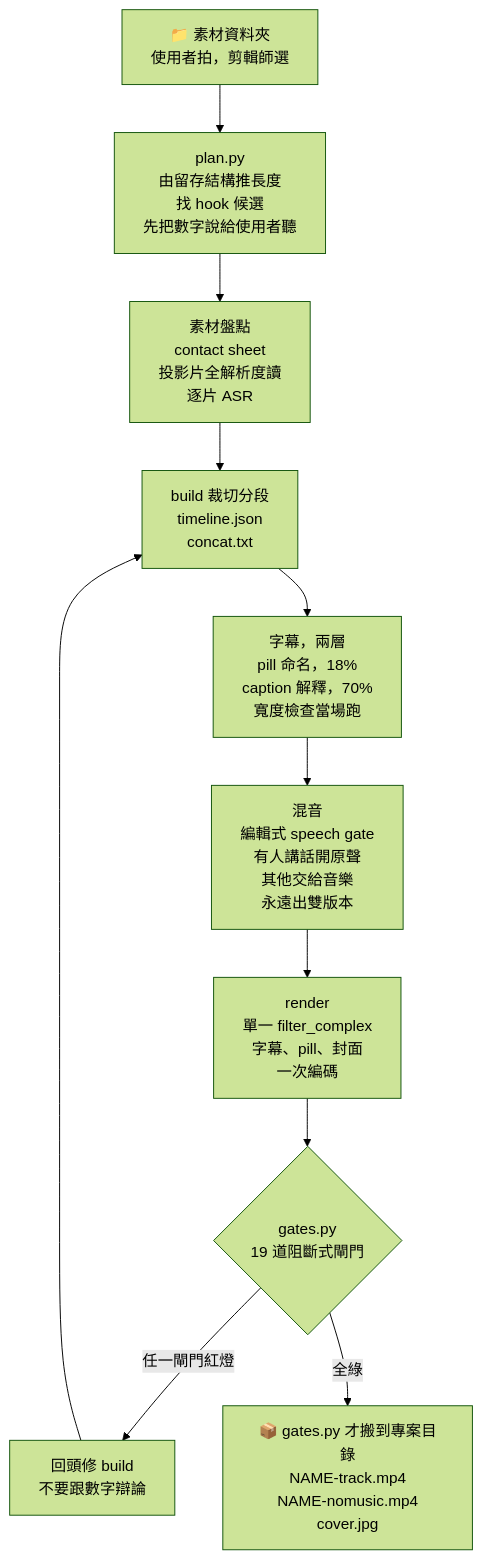
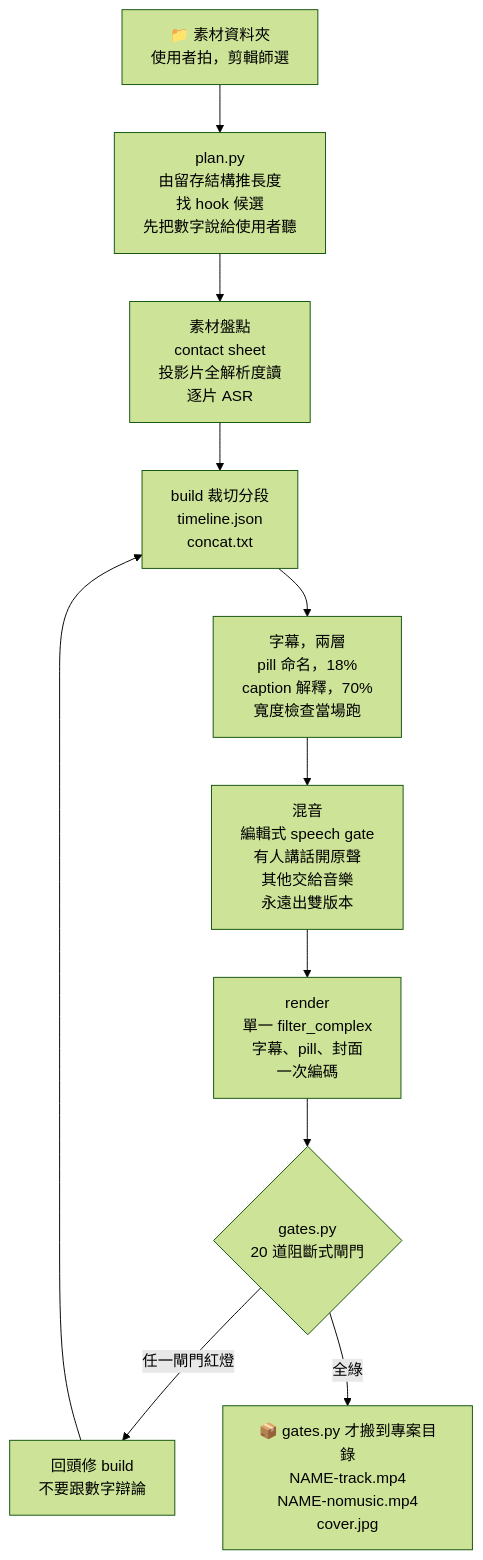
The diagram in README.zh-TW.md (chyiiiiiiiiiiii/yiibu), drawn with Mermaid (forest theme) before and after one commit. The commit also changed other lines of this file and 17 other files, not shown here.

````diff
--- a/README.zh-TW.md
+++ b/README.zh-TW.md
@@ -87,12 +87,12 @@
 ```mermaid
 flowchart TD
     A["📁 素材資料夾<br/>使用者拍，剪輯師選"] --> P["plan.py<br/>由留存結構推長度<br/>找 hook 候選<br/>先把數字說給使用者聽"]
     P --> I["素材盤點<br/>contact sheet<br/>投影片全解析度讀<br/>逐片 ASR"]
     I --> B["build 裁切分段<br/>timeline.json<br/>concat.txt"]
     B --> C["字幕，兩層<br/>pill 命名，18%<br/>caption 解釋，70%<br/>寬度檢查當場跑"]
     C --> M["混音<br/>編輯式 speech gate<br/>有人講話開原聲<br/>其他交給音樂<br/>永遠出雙版本"]
     M --> R["render<br/>單一 filter_complex<br/>字幕、pill、封面<br/>一次編碼"]
-    R --> G{"gates.py<br/>19 道阻斷式閘門"}
+    R --> G{"gates.py<br/>20 道阻斷式閘門"}
     G -->|任一閘門紅燈| F["回頭修 build<br/>不要跟數字辯論"] --> B
     G -->|全綠| D["📦 gates.py 才搬到專案目錄<br/>NAME-track.mp4<br/>NAME-nomusic.mp4<br/>cover.jpg"]
 ```
````
